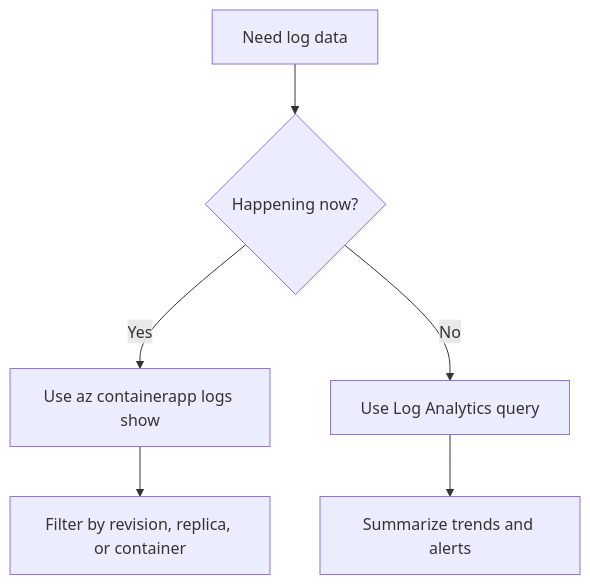
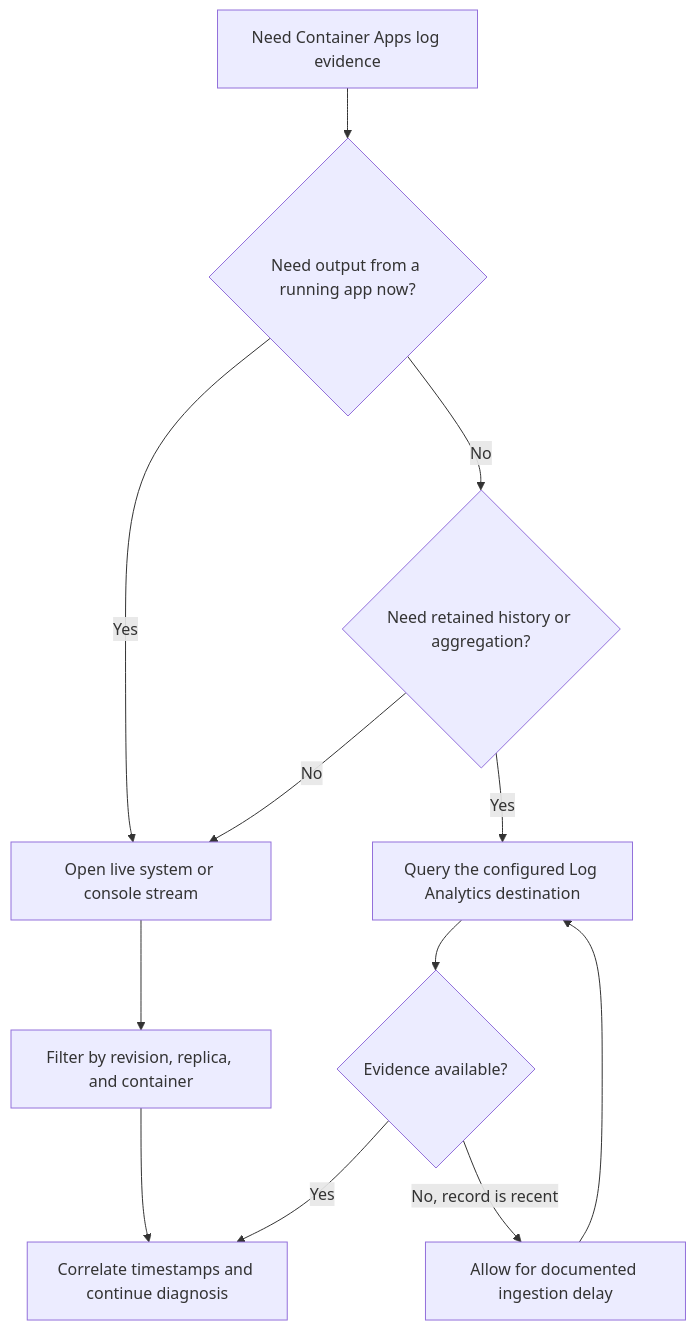
Before and after one commit to yeongseon/azure-container-apps-practical-guide: the diagram in docs/operations/logging/log-streaming.md, drawn with Mermaid. The commit also changed other lines of this file and 13 other files, not shown here.

First line of the commit message:
docs(diagrams): migrate the Container Apps operations diagrams (#614)

````diff
--- a/docs/operations/logging/log-streaming.md
+++ b/docs/operations/logging/log-streaming.md
@@ -117,8 +131,24 @@
 ```mermaid
 flowchart TD
-    A[Need log data] --> B{Happening now?}
-    B -->|Yes| C[Use az containerapp logs show]
-    B -->|No| D[Use Log Analytics query]
-    C --> E[Filter by revision, replica, or container]
-    D --> F[Summarize trends and alerts]
+    NEED[Need Container Apps log evidence]
+    CURRENT{Need output from a running app now?}
+    STREAM[Open live system or console stream]
+    SCOPE[Filter by revision, replica, and container]
+    HISTORY{Need retained history or aggregation?}
+    QUERY[Query the configured Log Analytics destination]
+    WAIT[Allow for documented ingestion delay]
+    RESULT{Evidence available?}
+    VERIFY[Correlate timestamps and continue diagnosis]
+
+    NEED --> CURRENT
+    CURRENT -->|Yes| STREAM
+    STREAM --> SCOPE
+    SCOPE --> VERIFY
+    CURRENT -->|No| HISTORY
+    HISTORY -->|Yes| QUERY
+    HISTORY -->|No| STREAM
+    QUERY --> RESULT
+    RESULT -->|No, record is recent| WAIT
+    WAIT --> QUERY
+    RESULT -->|Yes| VERIFY
 ```
````
